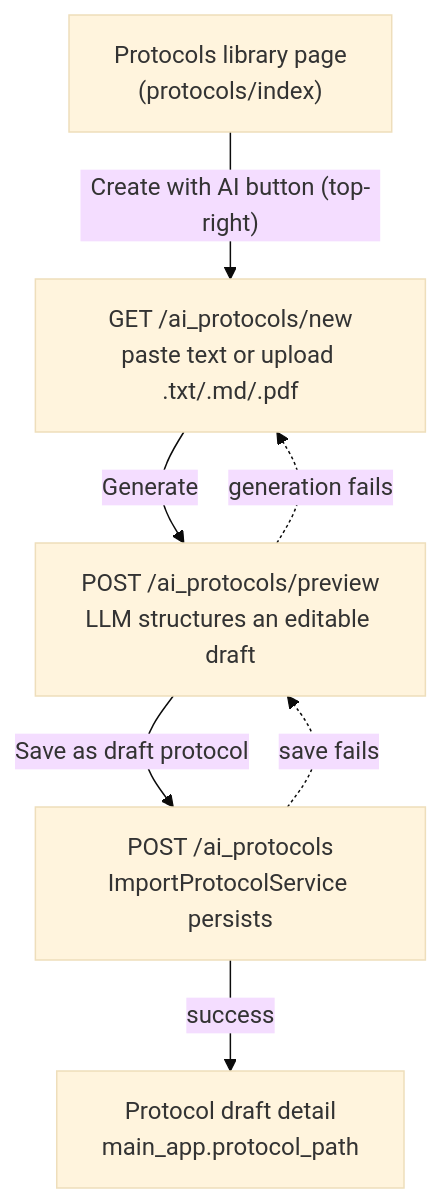
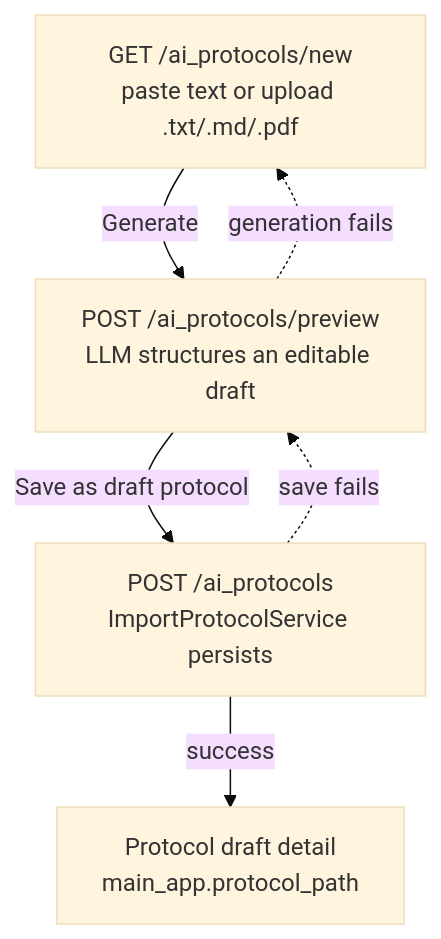
The second of 2 diagrams in addons/ai_protocols/README.md (hrtsea/scinote-web), drawn with Mermaid (base theme) before and after one commit. The commit also changed other lines of this file and 27 other files, not shown here.

````diff
--- a/addons/ai_protocols/README.md
+++ b/addons/ai_protocols/README.md
@@ -34,9 +64,8 @@
 ```mermaid
 flowchart TD
-    A["Protocols library page<br/>(protocols/index)"] -->|"Create with AI button (top-right)"| B["GET /ai_protocols/new<br/>paste text or upload .txt/.md/.pdf"]
-    B -->|"Generate"| C["POST /ai_protocols/preview<br/>LLM structures an editable draft"]
+    B["GET /ai_protocols/new<br/>paste text or upload .txt/.md/.pdf"] -->|"Generate"| C["POST /ai_protocols/preview<br/>LLM structures an editable draft"]
     C -->|"Save as draft protocol"| D["POST /ai_protocols<br/>ImportProtocolService persists"]
     D -->|"success"| E["Protocol draft detail<br/>main_app.protocol_path"]
     C -.->|"generation fails"| B
     D -.->|"save fails"| C
 ```
````
